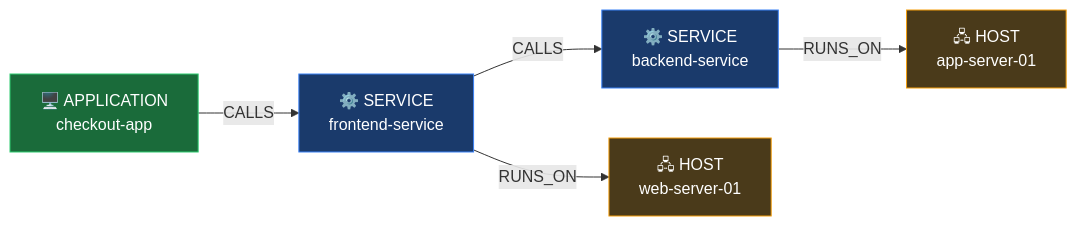
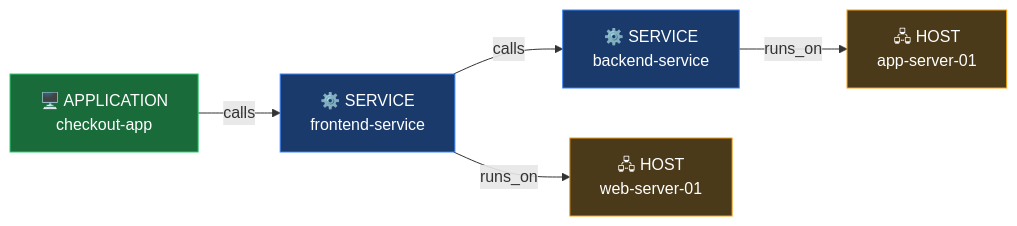
The first of 3 diagrams in README.md (gabriel-dynatrace/smartscapes), drawn with Mermaid before and after one commit. The commit also changed other lines of this file, not shown here.

````diff
--- a/README.md
+++ b/README.md
@@ -26,17 +27,17 @@
 ```mermaid
 flowchart LR
     APP["🖥️ APPLICATION\ncheckout-app"]:::app
     SVC1["⚙️ SERVICE\nfrontend-service"]:::svc
     SVC2["⚙️ SERVICE\nbackend-service"]:::svc
     HOST1["🖧 HOST\nweb-server-01"]:::host
     HOST2["🖧 HOST\napp-server-01"]:::host
 
-    APP -->|"CALLS"| SVC1
-    SVC1 -->|"CALLS"| SVC2
-    SVC1 -->|"RUNS_ON"| HOST1
-    SVC2 -->|"RUNS_ON"| HOST2
+    APP -->|"calls"| SVC1
+    SVC1 -->|"calls"| SVC2
+    SVC1 -->|"runs_on"| HOST1
+    SVC2 -->|"runs_on"| HOST2
 
     classDef app fill:#1a6b3a,stroke:#2ecc71,color:#fff
     classDef svc fill:#1a3a6b,stroke:#3b82f6,color:#fff
     classDef host fill:#4a3a1a,stroke:#f59e0b,color:#fff
 ```
````
